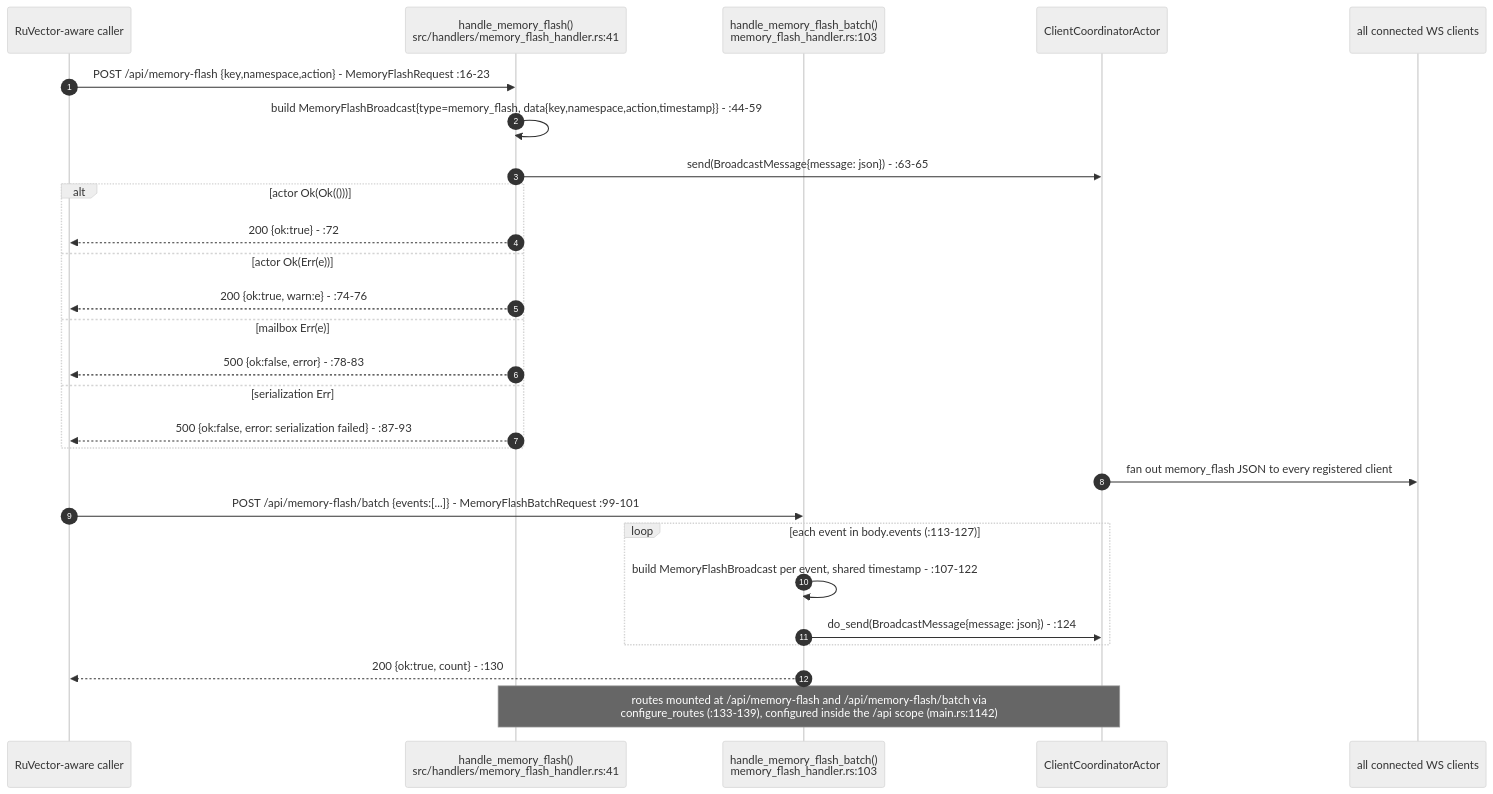
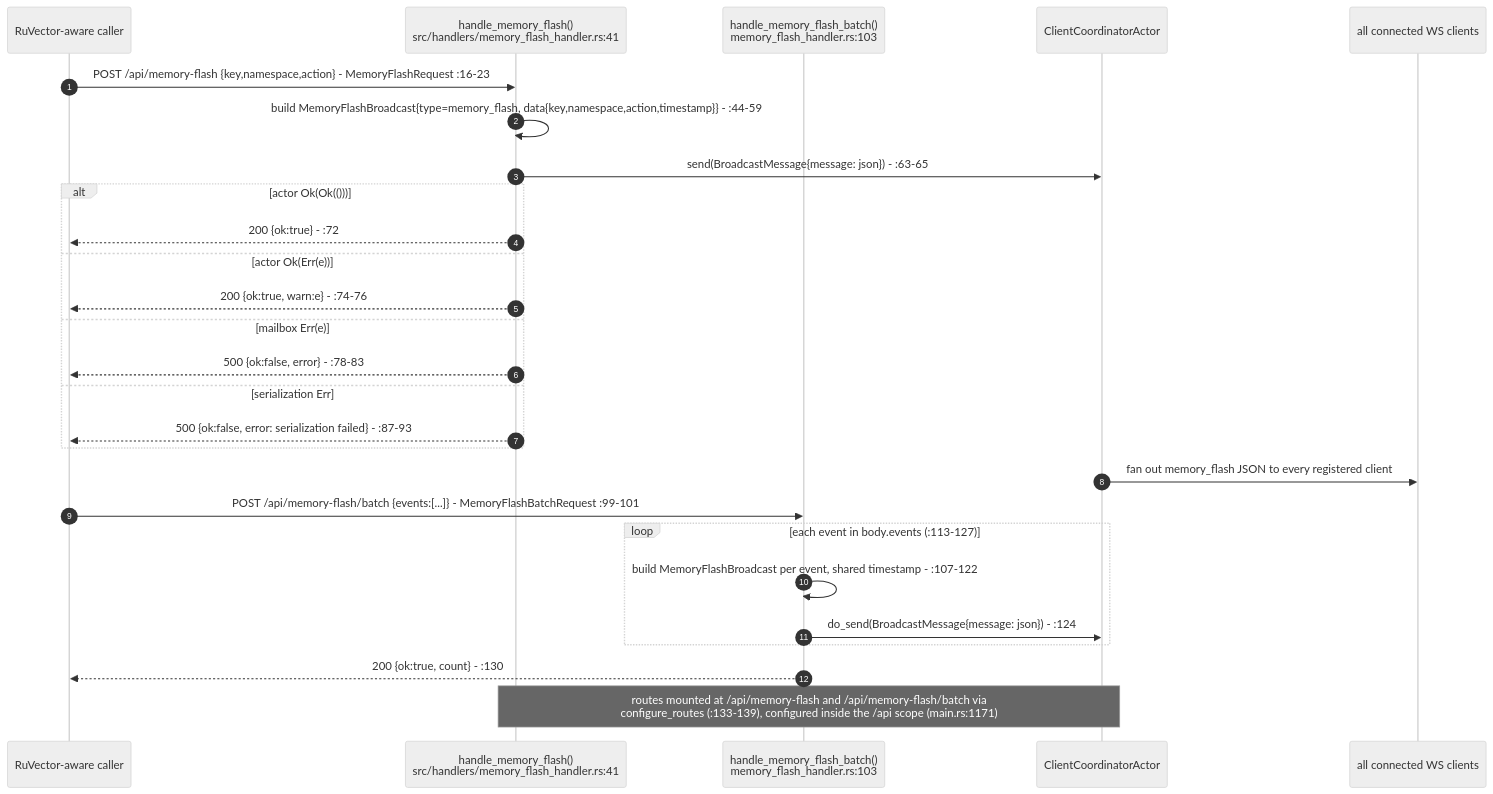
One commit to DreamLab-AI/VisionFlow changed diagram 12 of 13 in docs/diagrams/visionclaw/27-agent-integration-mcp-relay.md. Above: the diagram before and after it, drawn with Mermaid (neutral theme). The commit also changed other lines of this file and 51 other files, not shown here.

First line of the commit message:
docs(diagrams): agentbox AB-01..13 re-attested anchor by anchor (980 anchors, 22 defects); checkpoint against an out-of-mesh writer

````diff
--- a/docs/diagrams/visionclaw/27-agent-integration-mcp-relay.md
+++ b/docs/diagrams/visionclaw/27-agent-integration-mcp-relay.md
@@ -545,31 +545,31 @@
 ```mermaid
 sequenceDiagram
     autonumber
     participant Caller as RuVector-aware caller
     participant H as handle_memory_flash()<br/>src/handlers/memory_flash_handler.rs:41
     participant HB as handle_memory_flash_batch()<br/>memory_flash_handler.rs:103
     participant CC as ClientCoordinatorActor
     participant Ws as all connected WS clients
 
     Caller->>H: POST /api/memory-flash {key,namespace,action} - MemoryFlashRequest :16-23
     H->>H: build MemoryFlashBroadcast{type=memory_flash, data{key,namespace,action,timestamp}} - :44-59
     H->>CC: send(BroadcastMessage{message: json}) - :63-65
     alt actor Ok(Ok(()))
         H-->>Caller: 200 {ok:true} - :72
     else actor Ok(Err(e))
         H-->>Caller: 200 {ok:true, warn:e} - :74-76
     else mailbox Err(e)
         H-->>Caller: 500 {ok:false, error} - :78-83
     else serialization Err
         H-->>Caller: 500 {ok:false, error: serialization failed} - :87-93
     end
     CC->>Ws: fan out memory_flash JSON to every registered client
 
     Caller->>HB: POST /api/memory-flash/batch {events:[...]} - MemoryFlashBatchRequest :99-101
     loop each event in body.events (:113-127)
         HB->>HB: build MemoryFlashBroadcast per event, shared timestamp - :107-122
         HB->>CC: do_send(BroadcastMessage{message: json}) - :124
     end
     HB-->>Caller: 200 {ok:true, count} - :130
-    Note over H,CC: routes mounted at /api/memory-flash and /api/memory-flash/batch via<br/>configure_routes (:133-139), configured inside the /api scope (main.rs:1142)
+    Note over H,CC: routes mounted at /api/memory-flash and /api/memory-flash/batch via<br/>configure_routes (:133-139), configured inside the /api scope (main.rs:1171)
 ```
````
